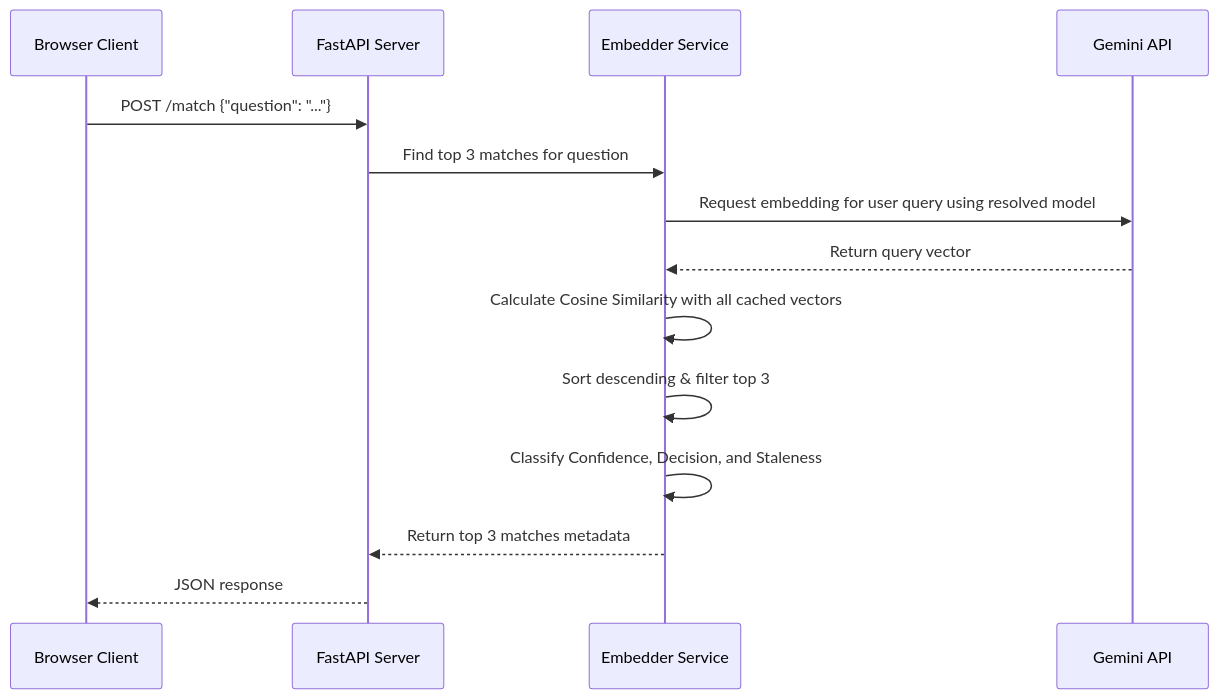
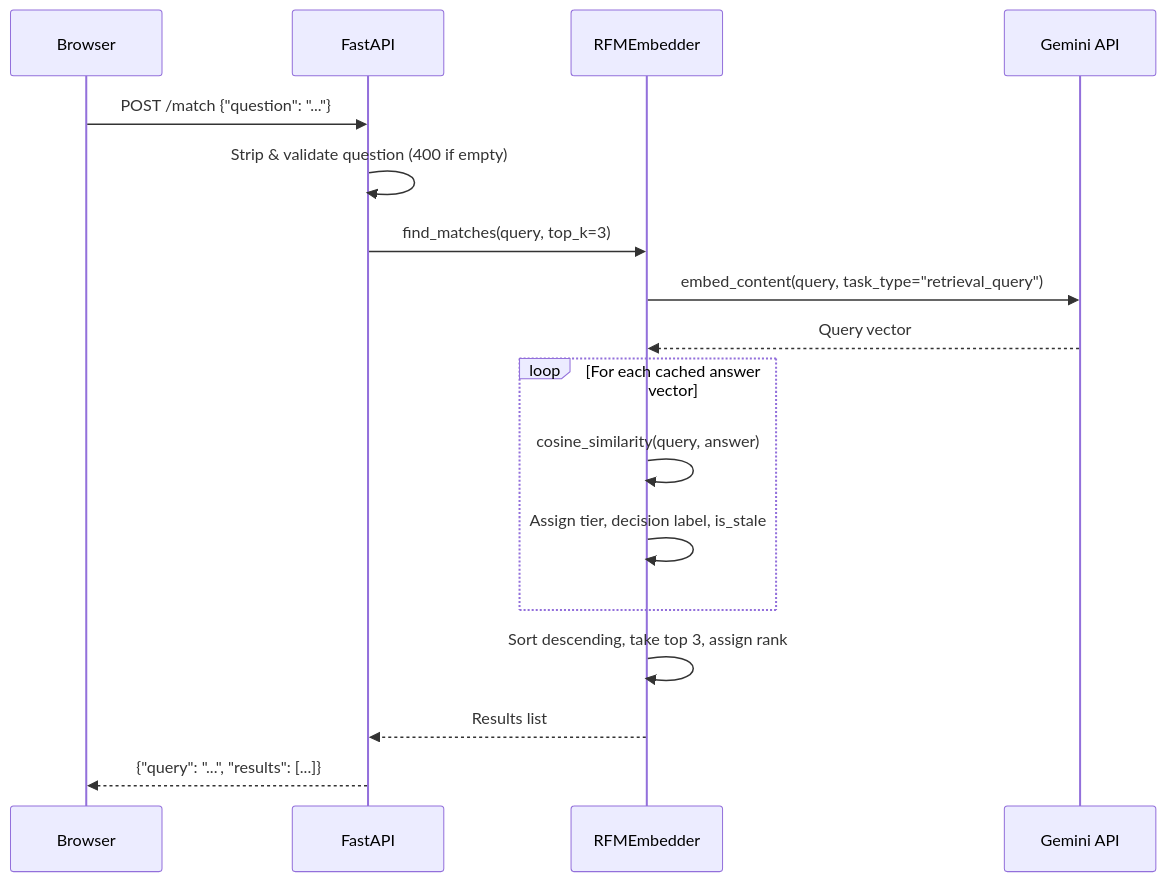
The fourth of 4 diagrams in docs/architecture.md (sunidhi-mishra/PeopleOS_RFP_Response_Assistant), drawn with Mermaid before and after one commit. The commit also changed other lines of this file and 2 other files, not shown here.

````diff
--- a/docs/architecture.md
+++ b/docs/architecture.md
@@ -65,17 +204,20 @@
 ```mermaid
 sequenceDiagram
-    participant User as Browser Client
-    participant App as FastAPI Server
-    participant Embedder as Embedder Service
+    participant User as Browser
+    participant App as FastAPI
+    participant Emb as RFMEmbedder
     participant Gemini as Gemini API
 
     User->>App: POST /match {"question": "..."}
-    App->>Embedder: Find top 3 matches for question
-    Embedder->>Gemini: Request embedding for user query using resolved model
-    Gemini-->>Embedder: Return query vector
-    Embedder->>Embedder: Calculate Cosine Similarity with all cached vectors
-    Embedder->>Embedder: Sort descending & filter top 3
-    Embedder->>Embedder: Classify Confidence, Decision, and Staleness
-    Embedder-->>App: Return top 3 matches metadata
-    App-->>User: JSON response
+    App->>App: Strip & validate question (400 if empty)
+    App->>Emb: find_matches(query, top_k=3)
+    Emb->>Gemini: embed_content(query, task_type="retrieval_query")
+    Gemini-->>Emb: Query vector
+    loop For each cached answer vector
+        Emb->>Emb: cosine_similarity(query, answer)
+        Emb->>Emb: Assign tier, decision label, is_stale
+    end
+    Emb->>Emb: Sort descending, take top 3, assign rank
+    Emb-->>App: Results list
+    App-->>User: {"query": "...", "results": [...]}
 ```
````
